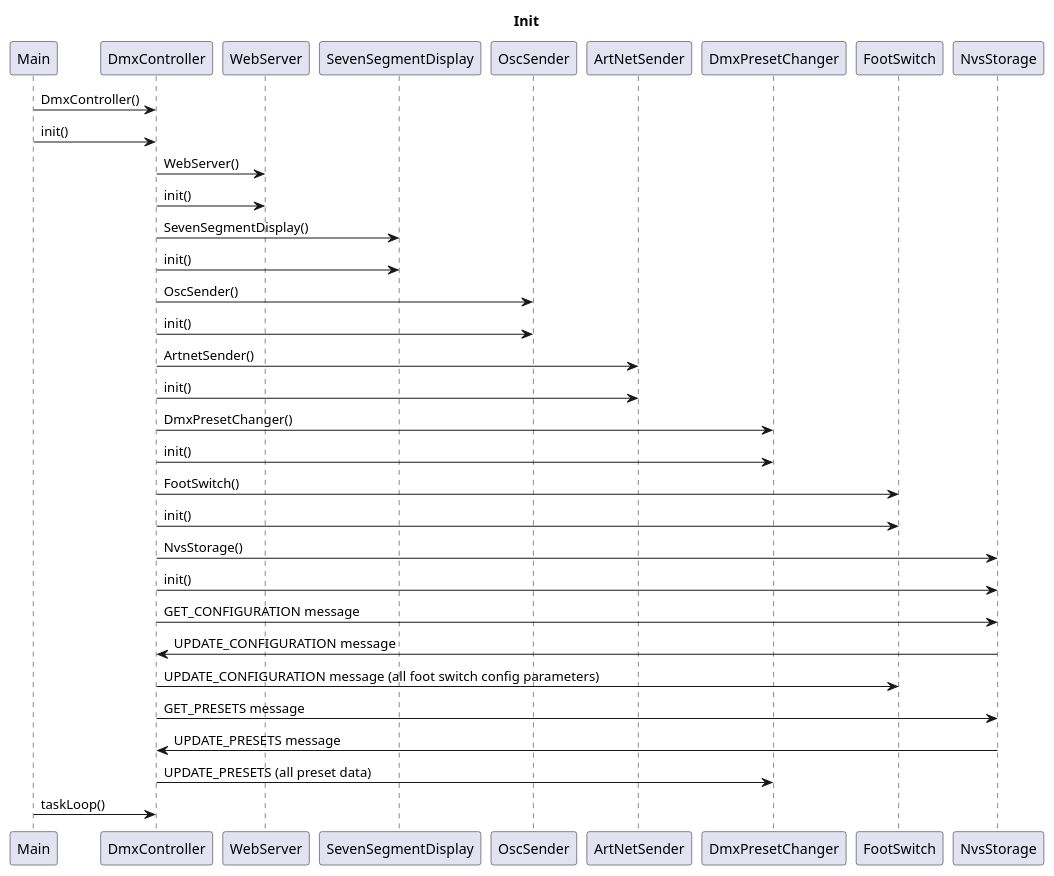
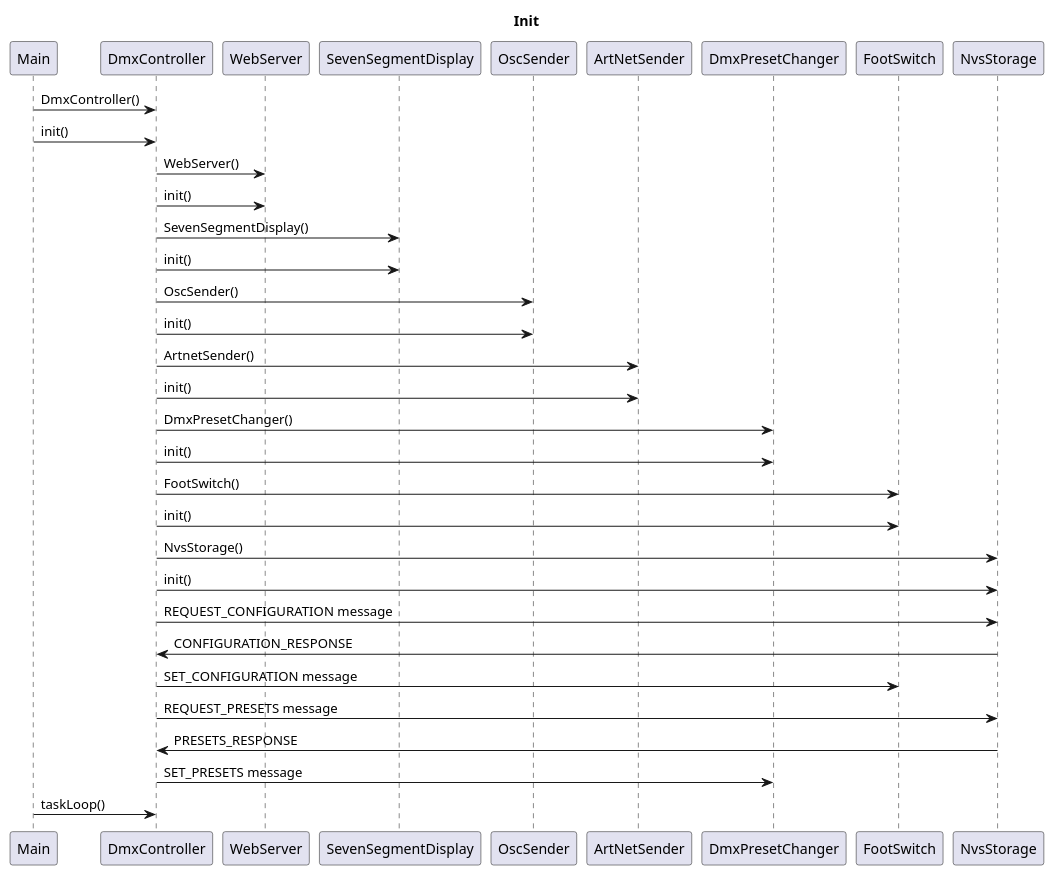
The second of 7 diagrams in Documentation/ClassDiagrams.puml (michelkeijzers/Esp32DmxController), drawn with PlantUML before and after one commit. The commit also changed other lines of this file and 26 other files, not shown here.

Commit message:
Commit all changes: add VS Code extension for line count, project updates, and configuration.

```diff
--- a/Documentation/ClassDiagrams.puml
+++ b/Documentation/ClassDiagrams.puml
@@ -60,34 +60,34 @@
 @startuml 
 title Init
 
 Main -> DmxController : DmxController()
 Main -> DmxController : init()
 DmxController -> WebServer : WebServer()
 DmxController -> WebServer : init() 
 DmxController -> SevenSegmentDisplay: SevenSegmentDisplay()
 DmxController -> SevenSegmentDisplay : init()
 DmxController -> OscSender : OscSender()
 DmxController -> OscSender : init()
 DmxController -> ArtNetSender : ArtnetSender()
 DmxController -> ArtNetSender : init()
 DmxController -> DmxPresetChanger : DmxPresetChanger() 
 DmxController -> DmxPresetChanger : init()
 DmxController -> FootSwitch : FootSwitch()
 DmxController -> FootSwitch : init()
 DmxController -> NvsStorage : NvsStorage()
 DmxController -> NvsStorage : init()
 
-DmxController -> NvsStorage : GET_CONFIGURATION message
-NvsStorage -> DmxController : UPDATE_CONFIGURATION message
-DmxController -> FootSwitch : UPDATE_CONFIGURATION message (all foot switch config parameters)
+DmxController -> NvsStorage : REQUEST_CONFIGURATION message
+NvsStorage -> DmxController : CONFIGURATION_RESPONSE
+DmxController -> FootSwitch : SET_CONFIGURATION message
 
-DmxController -> NvsStorage : GET_PRESETS message 
-NvsStorage -> DmxController : UPDATE_PRESETS message
-DmxController -> DmxPresetChanger : UPDATE_PRESETS (all preset data)
+DmxController -> NvsStorage : REQUEST_PRESETS message 
+NvsStorage -> DmxController : PRESETS_RESPONSE
+DmxController -> DmxPresetChanger : SET_PRESETS message
 
 
 
 
 Main -> DmxController : taskLoop()
 
 @enduml 
```
